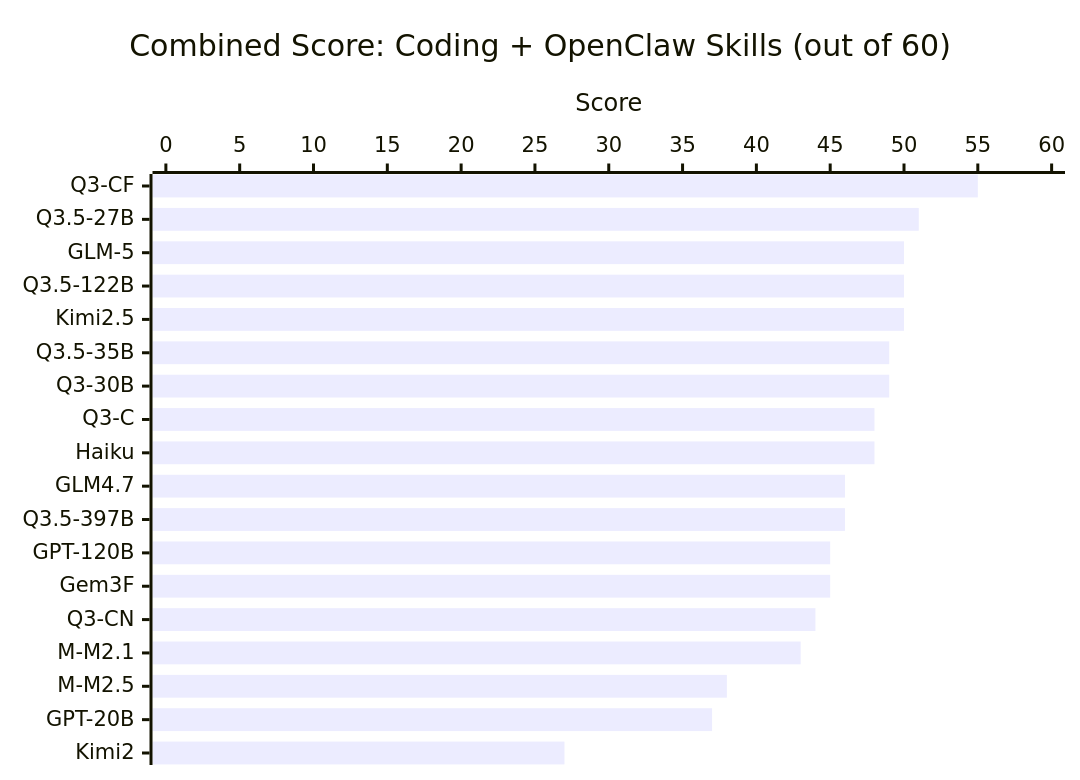
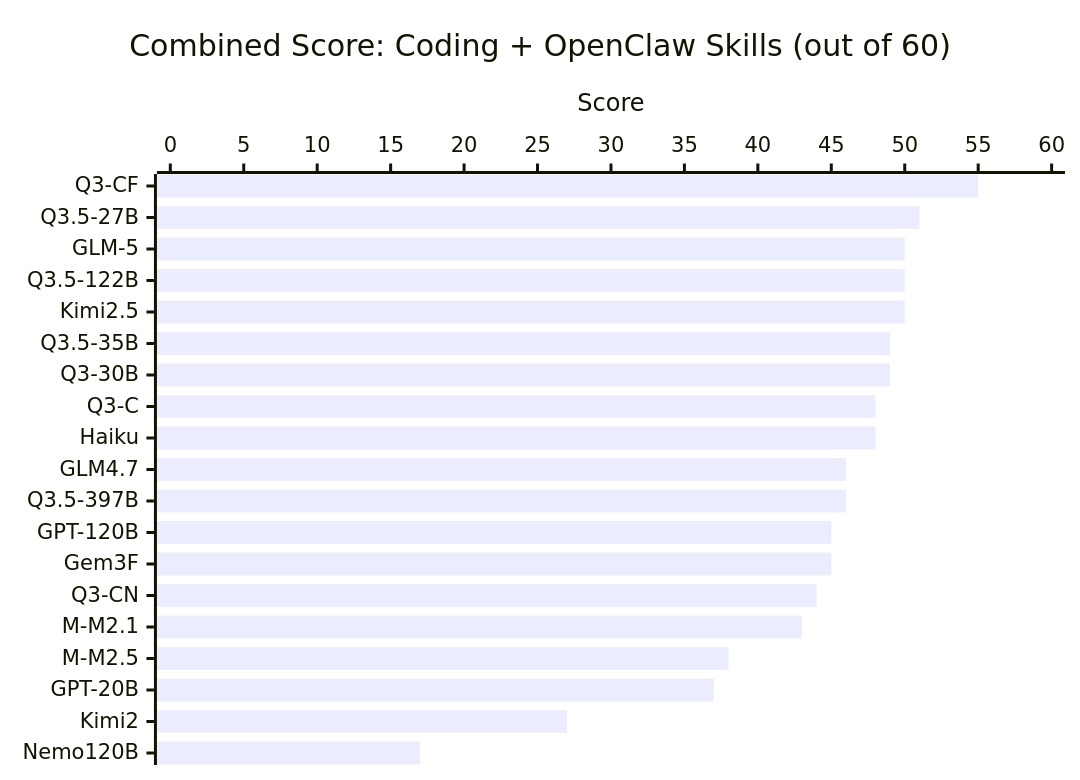
The first of 2 diagrams in README.md (ywchiu/local_agentic_llm), drawn with Mermaid before and after one commit. The commit also changed other lines of this file and 1 other file, not shown here.

Commit message:
docs: add nvidia/nemotron-3-super-120b-a12b benchmark results
G1: 5/30, G2: 12/30, Combined: 17/60 — lowest score across all models.
Root cause: poor tool-use API conformance — model frequently skips tool
calls entirely or produces malformed arguments with Python syntax artifacts
in file content.

````diff
--- a/README.md
+++ b/README.md
@@ -18,7 +18,7 @@
 ```mermaid
 xychart-beta horizontal
     title "Combined Score: Coding + OpenClaw Skills (out of 60)"
-    x-axis ["Q3-CF", "Q3.5-27B", "GLM-5", "Q3.5-122B", "Kimi2.5", "Q3.5-35B", "Q3-30B", "Q3-C", "Haiku", "GLM4.7", "Q3.5-397B", "GPT-120B", "Gem3F", "Q3-CN", "M-M2.1", "M-M2.5", "GPT-20B", "Kimi2"]
+    x-axis ["Q3-CF", "Q3.5-27B", "GLM-5", "Q3.5-122B", "Kimi2.5", "Q3.5-35B", "Q3-30B", "Q3-C", "Haiku", "GLM4.7", "Q3.5-397B", "GPT-120B", "Gem3F", "Q3-CN", "M-M2.1", "M-M2.5", "GPT-20B", "Kimi2", "Nemo120B"]
     y-axis "Score" 0 --> 60
-    bar [55, 51, 50, 50, 50, 49, 49, 48, 48, 46, 46, 45, 45, 44, 43, 38, 37, 27]
+    bar [55, 51, 50, 50, 50, 49, 49, 48, 48, 46, 46, 45, 45, 44, 43, 38, 37, 27, 17]
 ```
````
